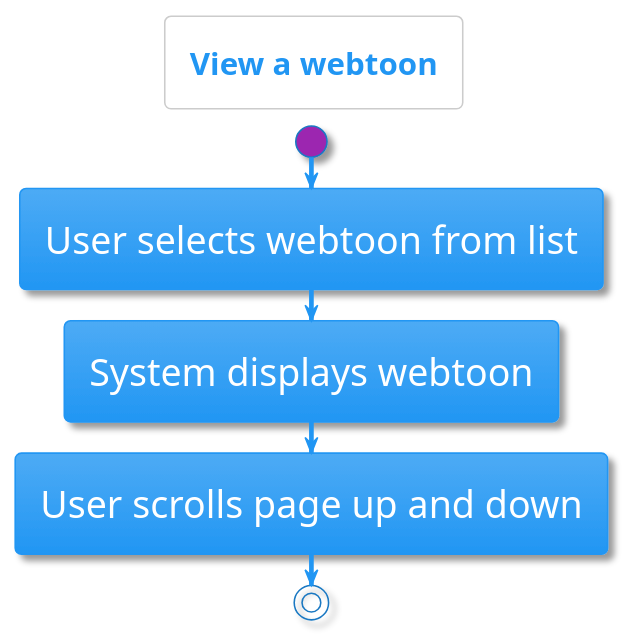
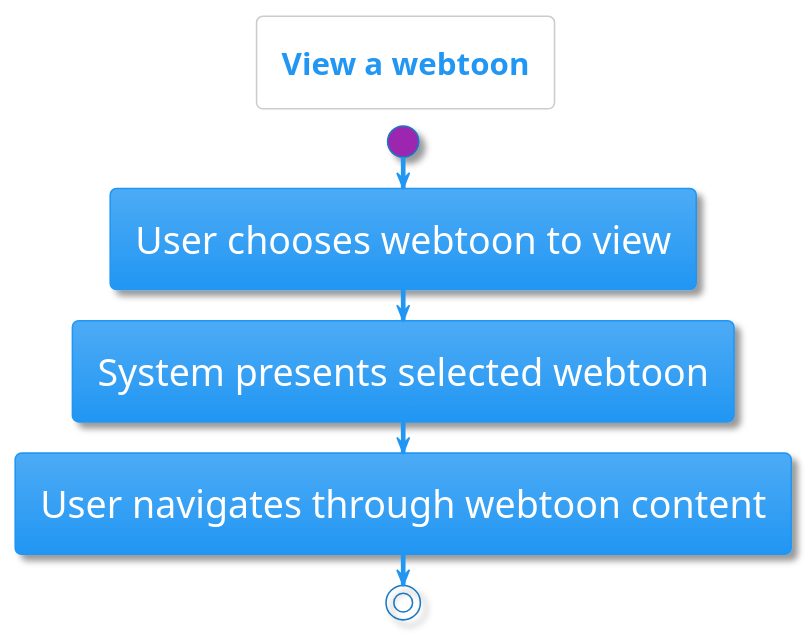
Before and after one commit to WinstonWaligora/let_us_webtoon: the diagram in lib/documents/view-webtoon.puml, drawn with PlantUML. The commit also changed 15 other files, not shown here.

Commit message:
activity, use case, and context diagrams updated

```diff
--- a/lib/documents/view-webtoon.puml
+++ b/lib/documents/view-webtoon.puml
@@ -1,11 +1,11 @@
 @startuml
 !theme materia
 title View a webtoon
 skinparam defaultFontSize 24
 
 start
-:User selects webtoon from list;
-:System displays webtoon;
-:User scrolls page up and down;
+:User chooses webtoon to view;
+:System presents selected webtoon;
+:User navigates through webtoon content;
 stop
 @enduml
```
